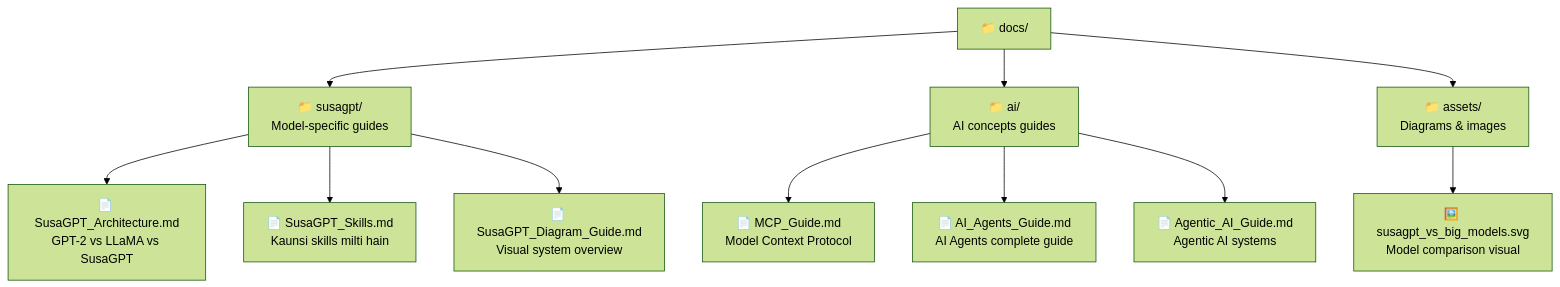
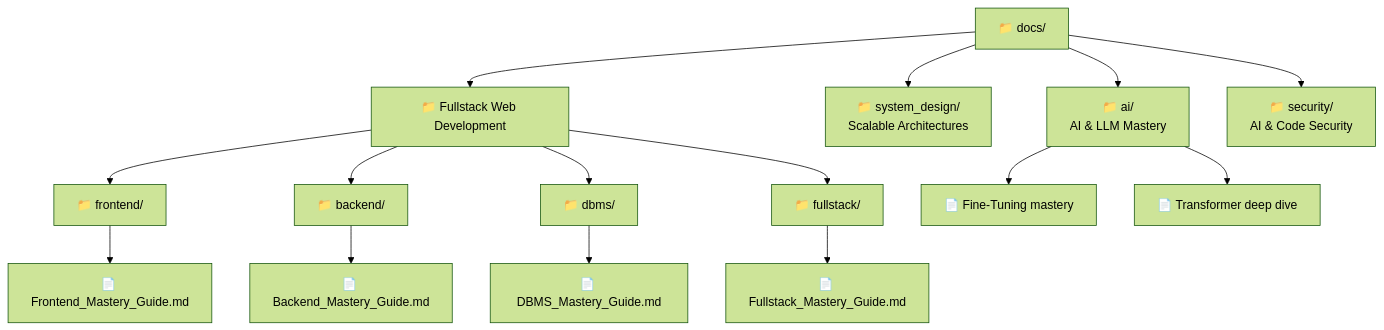
Before and after one commit to Sameer-Malik20/SusaGPT-Build-LLM-From-Scratch-With-Hinglish-Learning-Material: the first of 2 diagrams in docs/README.md, drawn with Mermaid (forest theme). The commit also changed other lines of this file and 34 other files, not shown here.

````diff
--- a/docs/README.md
+++ b/docs/README.md
@@ -8,16 +8,20 @@
 ```mermaid
 flowchart TD
-    DOCS["📁 docs/"] --> SUSAGPT["📁 susagpt/\nModel-specific guides"]
-    DOCS --> AI["📁 ai/\nAI concepts guides"]
-    DOCS --> ASSETS["📁 assets/\nDiagrams & images"]
+    DOCS["📁 docs/"] --> AI["📁 ai/\nAI & LLM Mastery"]
+    DOCS --> SDESIGN["📁 system_design/\nScalable Architectures"]
+    DOCS --> WEB["📁 Fullstack Web Development"]
+    DOCS --> SEC["📁 security/\nAI & Code Security"]
 
-    SUSAGPT --> SA["📄 SusaGPT_Architecture.md\nGPT-2 vs LLaMA vs SusaGPT"]
-    SUSAGPT --> SS["📄 SusaGPT_Skills.md\nKaunsi skills milti hain"]
-    SUSAGPT --> SD["📄 SusaGPT_Diagram_Guide.md\nVisual system overview"]
+    WEB --> FRONT["📁 frontend/"]
+    WEB --> BACK["📁 backend/"]
+    WEB --> DBMS["📁 dbms/"]
+    WEB --> FS["📁 fullstack/"]
 
-    AI --> MCP["📄 MCP_Guide.md\nModel Context Protocol"]
-    AI --> AIG["📄 AI_Agents_Guide.md\nAI Agents complete guide"]
-    AI --> AAG["📄 Agentic_AI_Guide.md\nAgentic AI systems"]
-
-    ASSETS --> SVG["🖼️ susagpt_vs_big_models.svg\nModel comparison visual"]
+    AI --> FT["📄 Fine-Tuning mastery"]
+    AI --> TRANS["📄 Transformer deep dive"]
+    
+    FRONT --> FM["📄 Frontend_Mastery_Guide.md"]
+    BACK --> BM["📄 Backend_Mastery_Guide.md"]
+    DBMS --> DM["📄 DBMS_Mastery_Guide.md"]
+    FS --> FSM["📄 Fullstack_Mastery_Guide.md"]
 ```
````
